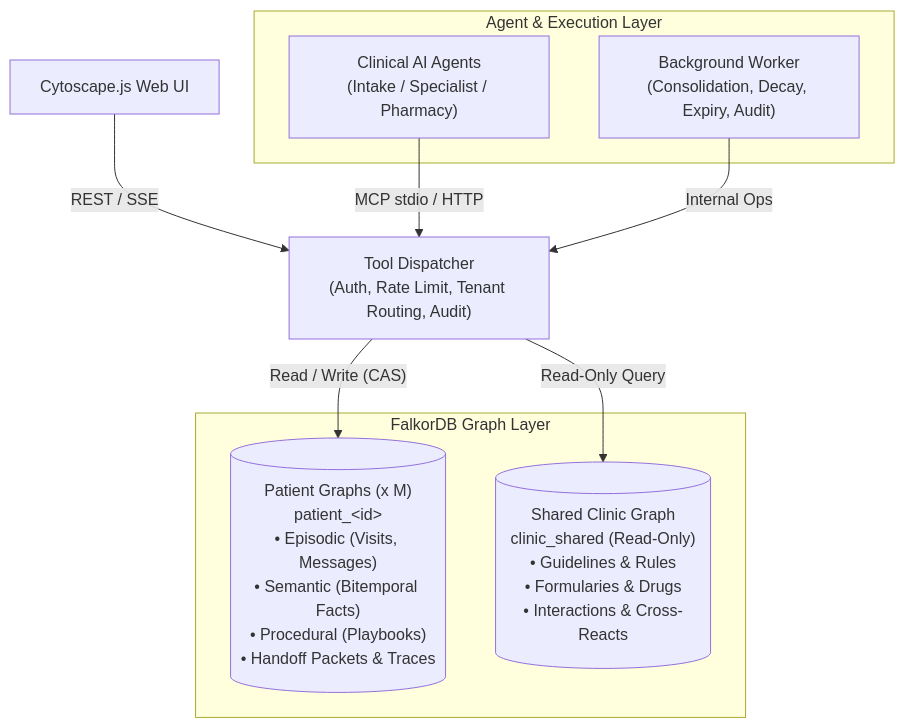
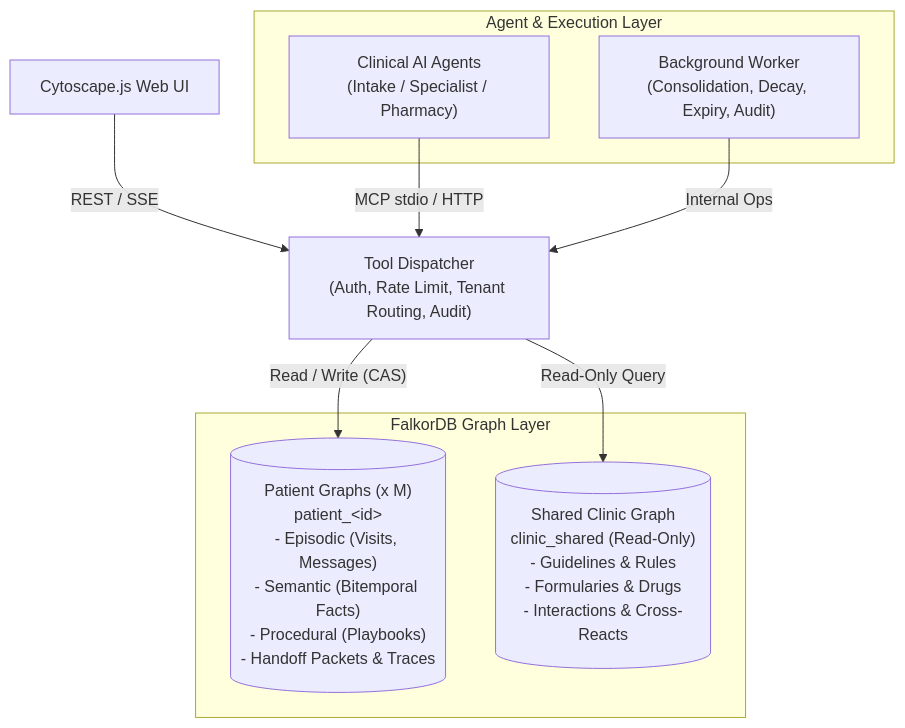
One commit to NiranjanHebli/care-thread changed the first of 2 diagrams in README.md. Above: the diagram before and after it, drawn with Mermaid. The commit also changed other lines of this file and 16 other files, not shown here.

````diff
--- a/README.md
+++ b/README.md
@@ -58,22 +58,22 @@
 ```mermaid
 flowchart TD
     UI["Cytoscape.js Web UI"]
     
     subgraph Execution["Agent & Execution Layer"]
         Agents["Clinical AI Agents<br/>(Intake / Specialist / Pharmacy)"]
         Worker["Background Worker<br/>(Consolidation, Decay, Expiry, Audit)"]
     end
 
     Dispatcher["Tool Dispatcher<br/>(Auth, Rate Limit, Tenant Routing, Audit)"]
 
     subgraph Storage["FalkorDB Graph Layer"]
-        PatientGraphs[("Patient Graphs (x M)<br/>patient_&lt;id&gt;<br/>• Episodic (Visits, Messages)<br/>• Semantic (Bitemporal Facts)<br/>• Procedural (Playbooks)<br/>• Handoff Packets & Traces")]
-        ClinicGraph[("Shared Clinic Graph<br/>clinic_shared (Read-Only)<br/>• Guidelines & Rules<br/>• Formularies & Drugs<br/>• Interactions & Cross-Reacts")]
+        PatientGraphs[("Patient Graphs (x M)<br/>patient_&lt;id&gt;<br/>- Episodic (Visits, Messages)<br/>- Semantic (Bitemporal Facts)<br/>- Procedural (Playbooks)<br/>- Handoff Packets & Traces")]
+        ClinicGraph[("Shared Clinic Graph<br/>clinic_shared (Read-Only)<br/>- Guidelines & Rules<br/>- Formularies & Drugs<br/>- Interactions & Cross-Reacts")]
     end
 
     UI -->|REST / SSE| Dispatcher
     Agents -->|MCP stdio / HTTP| Dispatcher
     Worker -->|Internal Ops| Dispatcher
     Dispatcher -->|"Read / Write (CAS)"| PatientGraphs
     Dispatcher -->|Read-Only Query| ClinicGraph
 ```
````
